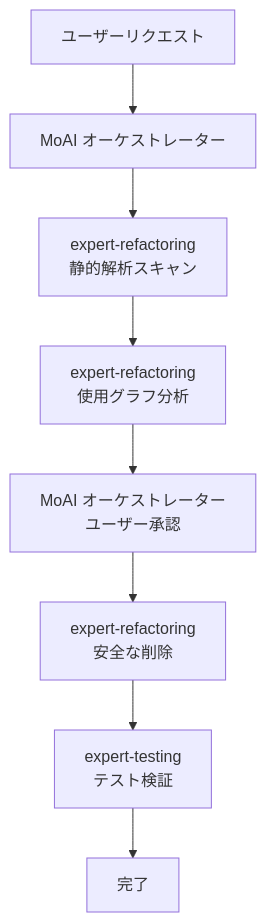
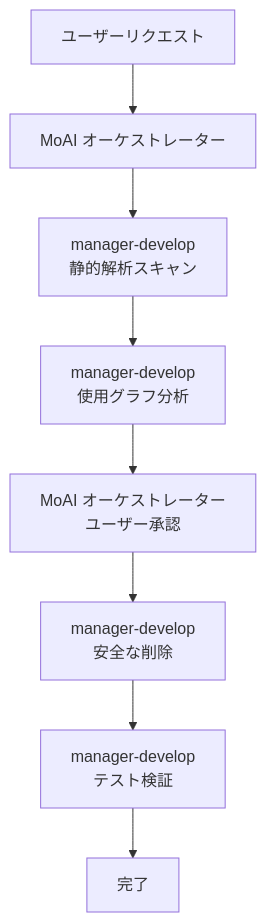
Before and after one commit to modu-ai/moai-adk: the second of 2 diagrams in docs-site/content/ja/utility-commands/moai-clean.md, drawn with Mermaid. The commit also changed other lines of this file and 153 other files, not shown here.

````diff
--- a/docs-site/content/ja/utility-commands/moai-clean.md
+++ b/docs-site/content/ja/utility-commands/moai-clean.md
@@ -143,10 +143,10 @@
 ```mermaid
 flowchart TD
     User["ユーザーリクエスト"] --> MoAI["MoAI オーケストレーター"]
-    MoAI --> Refactor1["expert-refactoring<br/>静的解析スキャン"]
-    Refactor1 --> Refactor2["expert-refactoring<br/>使用グラフ分析"]
+    MoAI --> Refactor1["manager-develop<br/>静的解析スキャン"]
+    Refactor1 --> Refactor2["manager-develop<br/>使用グラフ分析"]
     Refactor2 --> MoAI2["MoAI オーケストレーター<br/>ユーザー承認"]
-    MoAI2 --> Refactor3["expert-refactoring<br/>安全な削除"]
-    Refactor3 --> Testing["expert-testing<br/>テスト検証"]
+    MoAI2 --> Refactor3["manager-develop<br/>安全な削除"]
+    Refactor3 --> Testing["manager-develop<br/>テスト検証"]
     Testing --> Complete["完了"]
 ```
````
